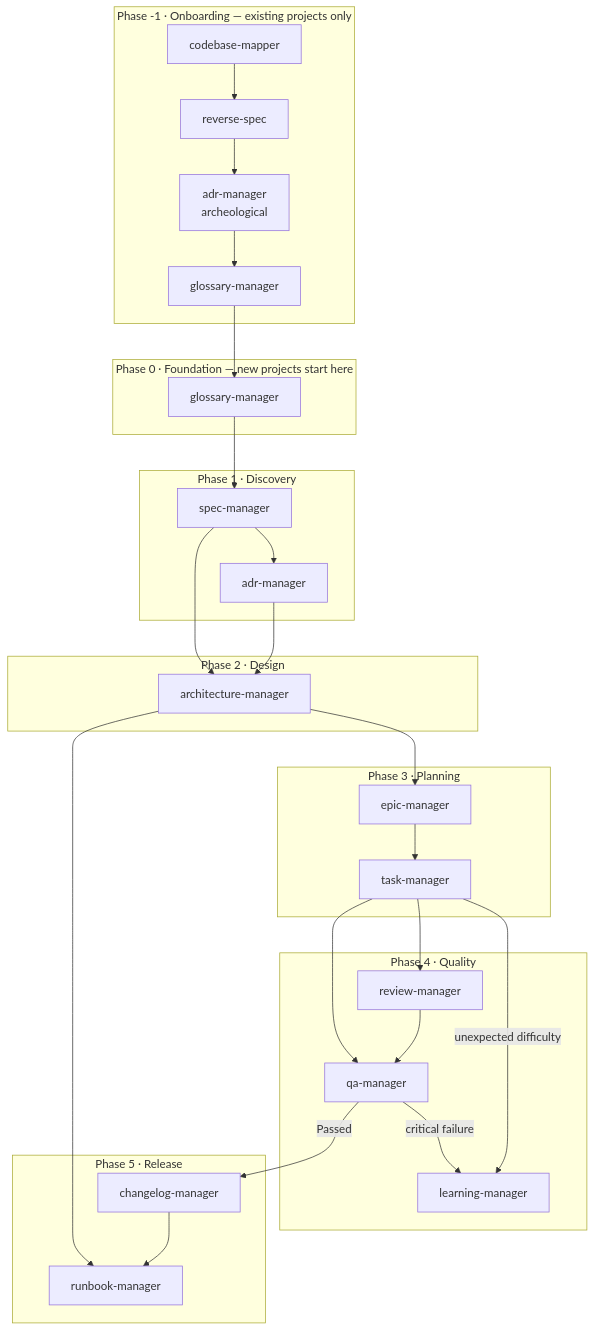
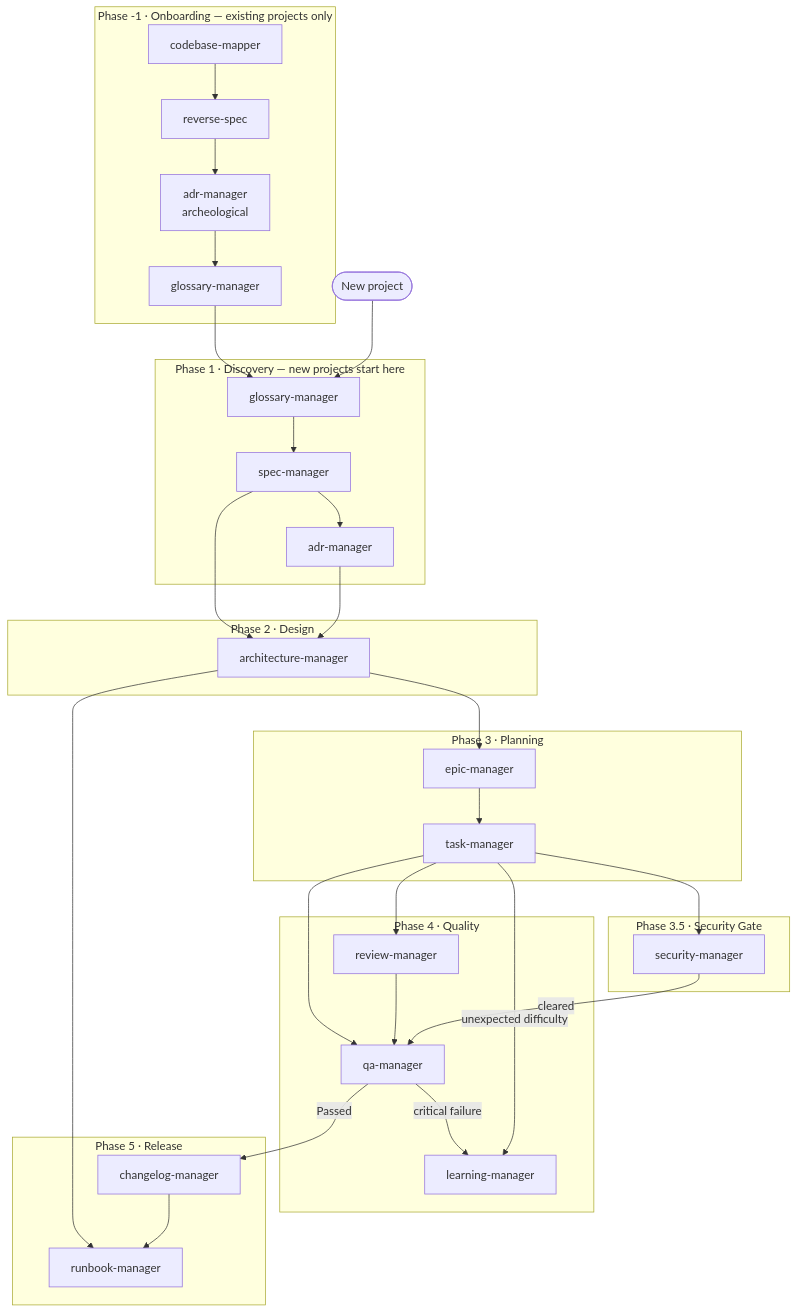
One commit to johnt1000/orquestrum changed the diagram in docs/SDLC.md. Above: the diagram before and after it, drawn with Mermaid. The commit also changed other lines of this file and 16 other files, not shown here.

````diff
--- a/docs/SDLC.md
+++ b/docs/SDLC.md
@@ -9,49 +9,51 @@
 ```mermaid
 flowchart TD
     subgraph phase_neg1 [Phase -1 · Onboarding — existing projects only]
         CM[codebase-mapper] --> RS[reverse-spec]
         RS --> ADR0[adr-manager\narcheological]
         ADR0 --> GL0[glossary-manager]
     end
 
     GL0 --> G
+    NEWSTART([New project]) --> G
 
-    subgraph phase0 [Phase 0 · Foundation — new projects start here]
-        G[glossary-manager]
-    end
-
-    G --> S
-
-    subgraph phase1 [Phase 1 · Discovery]
-        S[spec-manager] --> A[adr-manager]
+    subgraph phase1 [Phase 1 · Discovery — new projects start here]
+        G[glossary-manager] --> S[spec-manager]
+        S --> A[adr-manager]
     end
 
     S --> AR
     A --> AR
 
     subgraph phase2 [Phase 2 · Design]
         AR[architecture-manager]
     end
 
     AR --> E
 
     subgraph phase3 [Phase 3 · Planning]
         E[epic-manager] --> T[task-manager]
     end
 
+    T --> SEC
     T --> R
     T --> Q
+
+    subgraph phase35 [Phase 3.5 · Security Gate]
+        SEC[security-manager]
+    end
 
     subgraph phase4 [Phase 4 · Quality]
         R[review-manager] --> Q[qa-manager]
         Q -->|critical failure| L[learning-manager]
         T -->|unexpected difficulty| L
+        SEC -->|cleared| Q
     end
 
     Q -->|Passed| C
     AR --> RB
 
     subgraph phase5 [Phase 5 · Release]
         C[changelog-manager] --> RB[runbook-manager]
     end
 ```
````
